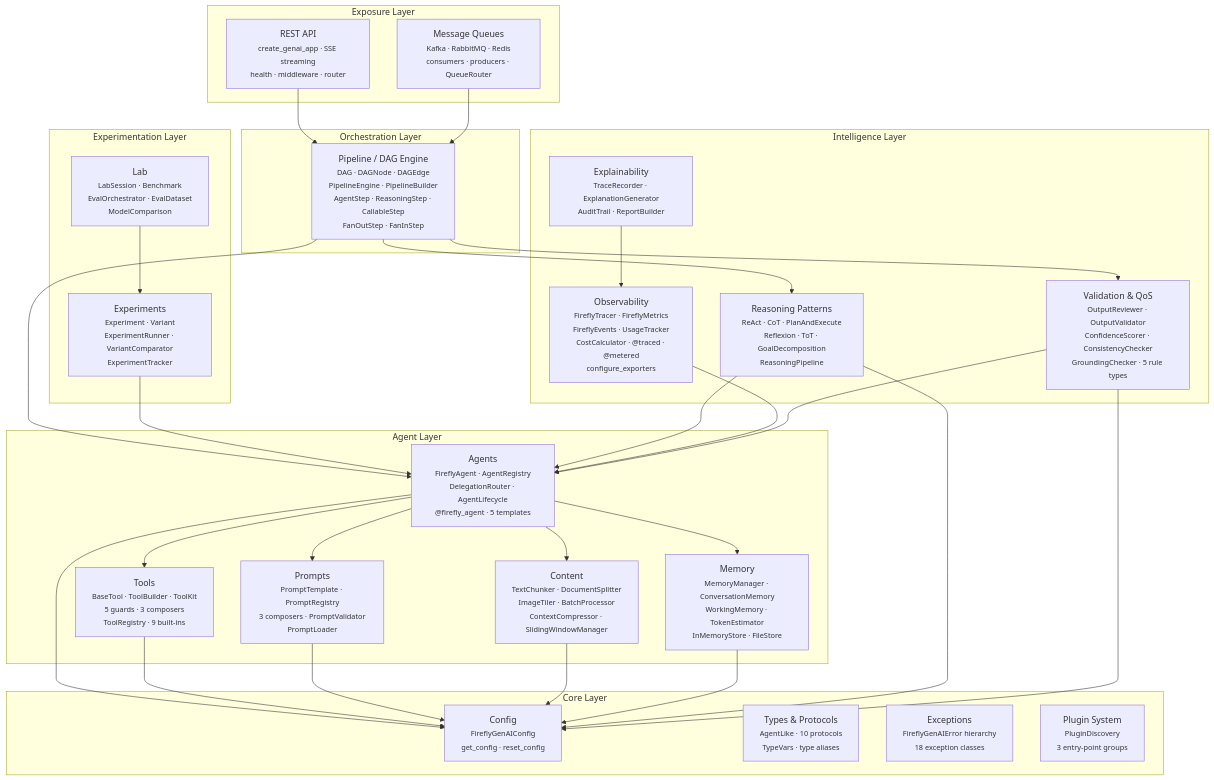
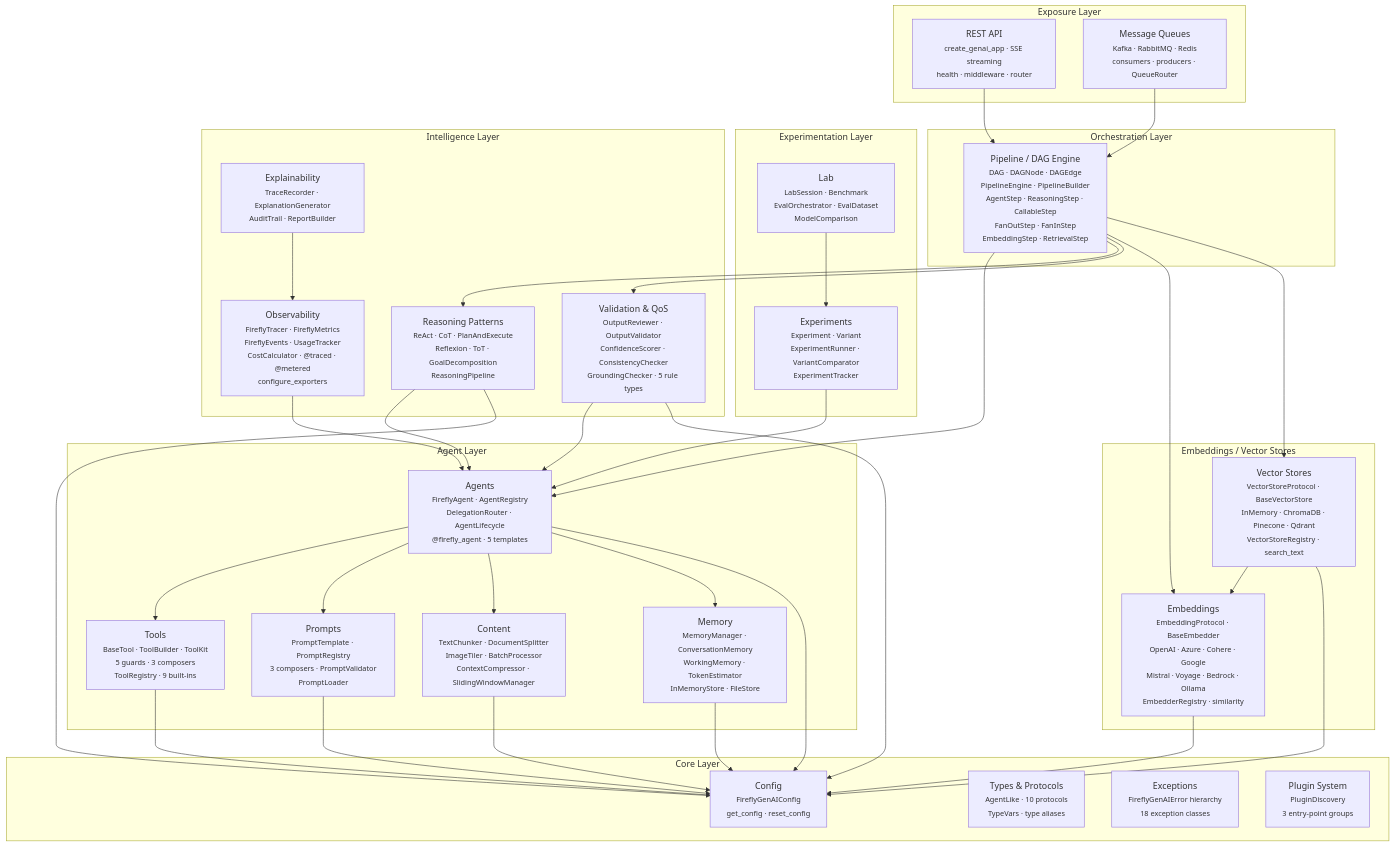
One commit to fireflyframework/fireflyframework-genai changed the first of 2 diagrams in README.md. Above: the diagram before and after it, drawn with Mermaid. The commit also changed other lines of this file, not shown here.

First line of the commit message:
docs: update README with embeddings and vector stores (#43)

````diff
--- a/README.md
+++ b/README.md
@@ -92,61 +94,71 @@
 ```mermaid
 graph TD
     subgraph Exposure Layer
         REST["REST API<br/><small>create_genai_app · SSE streaming<br/>health · middleware · router</small>"]
         QUEUES["Message Queues<br/><small>Kafka · RabbitMQ · Redis<br/>consumers · producers · QueueRouter</small>"]
     end
 
     subgraph Orchestration Layer
-        PIPE["Pipeline / DAG Engine<br/><small>DAG · DAGNode · DAGEdge<br/>PipelineEngine · PipelineBuilder<br/>AgentStep · ReasoningStep · CallableStep<br/>FanOutStep · FanInStep</small>"]
+        PIPE["Pipeline / DAG Engine<br/><small>DAG · DAGNode · DAGEdge<br/>PipelineEngine · PipelineBuilder<br/>AgentStep · ReasoningStep · CallableStep<br/>FanOutStep · FanInStep<br/>EmbeddingStep · RetrievalStep</small>"]
+    end
+
+    subgraph Embeddings / Vector Stores
+        EMB["Embeddings<br/><small>EmbeddingProtocol · BaseEmbedder<br/>OpenAI · Azure · Cohere · Google<br/>Mistral · Voyage · Bedrock · Ollama<br/>EmbedderRegistry · similarity</small>"]
+        VS["Vector Stores<br/><small>VectorStoreProtocol · BaseVectorStore<br/>InMemory · ChromaDB · Pinecone · Qdrant<br/>VectorStoreRegistry · search_text</small>"]
     end
 
     subgraph Experimentation Layer
         EXP["Experiments<br/><small>Experiment · Variant<br/>ExperimentRunner · VariantComparator<br/>ExperimentTracker</small>"]
         LAB["Lab<br/><small>LabSession · Benchmark<br/>EvalOrchestrator · EvalDataset<br/>ModelComparison</small>"]
     end
 
     subgraph Intelligence Layer
         REASON["Reasoning Patterns<br/><small>ReAct · CoT · PlanAndExecute<br/>Reflexion · ToT · GoalDecomposition<br/>ReasoningPipeline</small>"]
         VAL["Validation & QoS<br/><small>OutputReviewer · OutputValidator<br/>ConfidenceScorer · ConsistencyChecker<br/>GroundingChecker · 5 rule types</small>"]
         OBS["Observability<br/><small>FireflyTracer · FireflyMetrics<br/>FireflyEvents · UsageTracker<br/>CostCalculator · @traced · @metered<br/>configure_exporters</small>"]
         EXPL["Explainability<br/><small>TraceRecorder · ExplanationGenerator<br/>AuditTrail · ReportBuilder</small>"]
     end
 
     subgraph Agent Layer
         AGT["Agents<br/><small>FireflyAgent · AgentRegistry<br/>DelegationRouter · AgentLifecycle<br/>@firefly_agent · 5 templates</small>"]
         TOOLS["Tools<br/><small>BaseTool · ToolBuilder · ToolKit<br/>5 guards · 3 composers<br/>ToolRegistry · 9 built-ins</small>"]
         PROMPTS["Prompts<br/><small>PromptTemplate · PromptRegistry<br/>3 composers · PromptValidator<br/>PromptLoader</small>"]
         CONTENT["Content<br/><small>TextChunker · DocumentSplitter<br/>ImageTiler · BatchProcessor<br/>ContextCompressor · SlidingWindowManager</small>"]
         MEM["Memory<br/><small>MemoryManager · ConversationMemory<br/>WorkingMemory · TokenEstimator<br/>InMemoryStore · FileStore</small>"]
     end
 
     subgraph Core Layer
         CFG["Config<br/><small>FireflyGenAIConfig<br/>get_config · reset_config</small>"]
         TYPES["Types & Protocols<br/><small>AgentLike · 10 protocols<br/>TypeVars · type aliases</small>"]
         EXC["Exceptions<br/><small>FireflyGenAIError hierarchy<br/>18 exception classes</small>"]
         PLUG["Plugin System<br/><small>PluginDiscovery<br/>3 entry-point groups</small>"]
     end
 
     REST --> PIPE
     QUEUES --> PIPE
     PIPE --> AGT
     PIPE --> REASON
     PIPE --> VAL
+    PIPE --> EMB
+    PIPE --> VS
+    VS --> EMB
+    EMB --> CFG
+    VS --> CFG
     EXP --> AGT
     LAB --> EXP
     REASON --> AGT
     OBS --> AGT
     EXPL --> OBS
     VAL --> AGT
     AGT --> TOOLS
     AGT --> PROMPTS
     AGT --> CONTENT
     AGT --> MEM
     AGT --> CFG
     TOOLS --> CFG
     PROMPTS --> CFG
     CONTENT --> CFG
     MEM --> CFG
     REASON --> CFG
     VAL --> CFG
 ```
````
